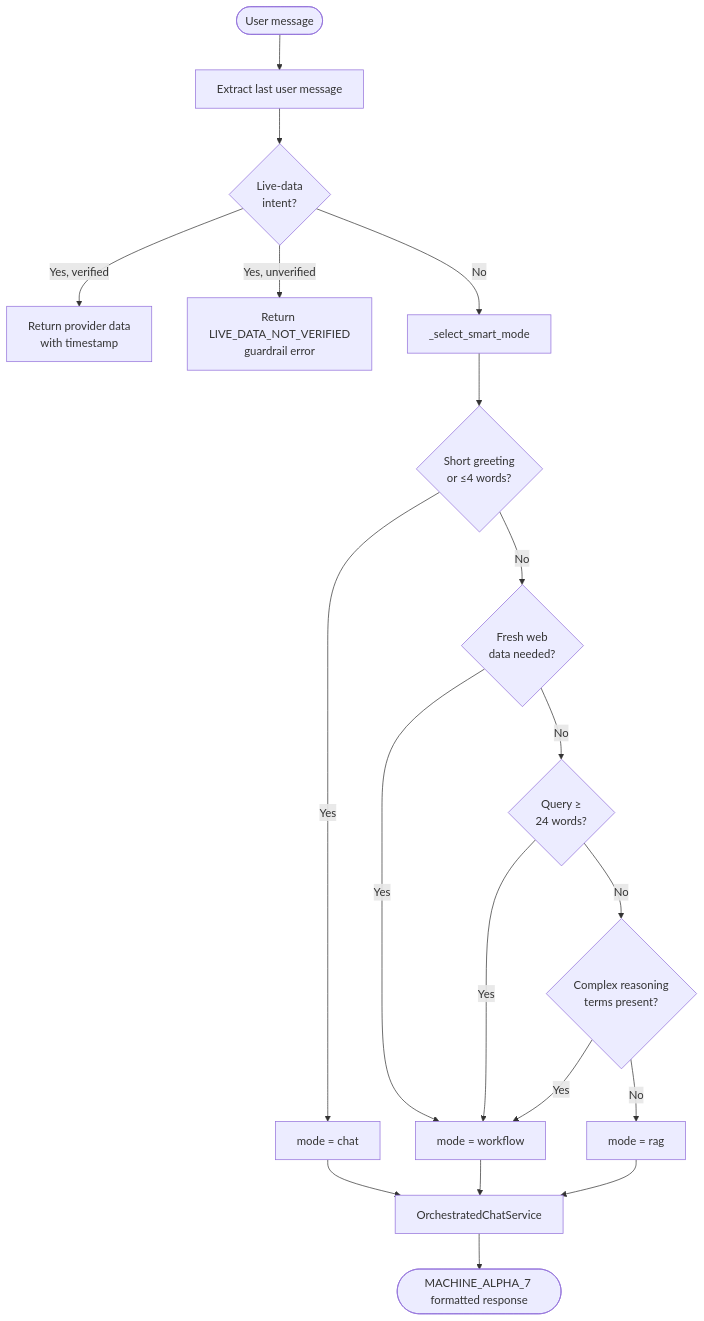
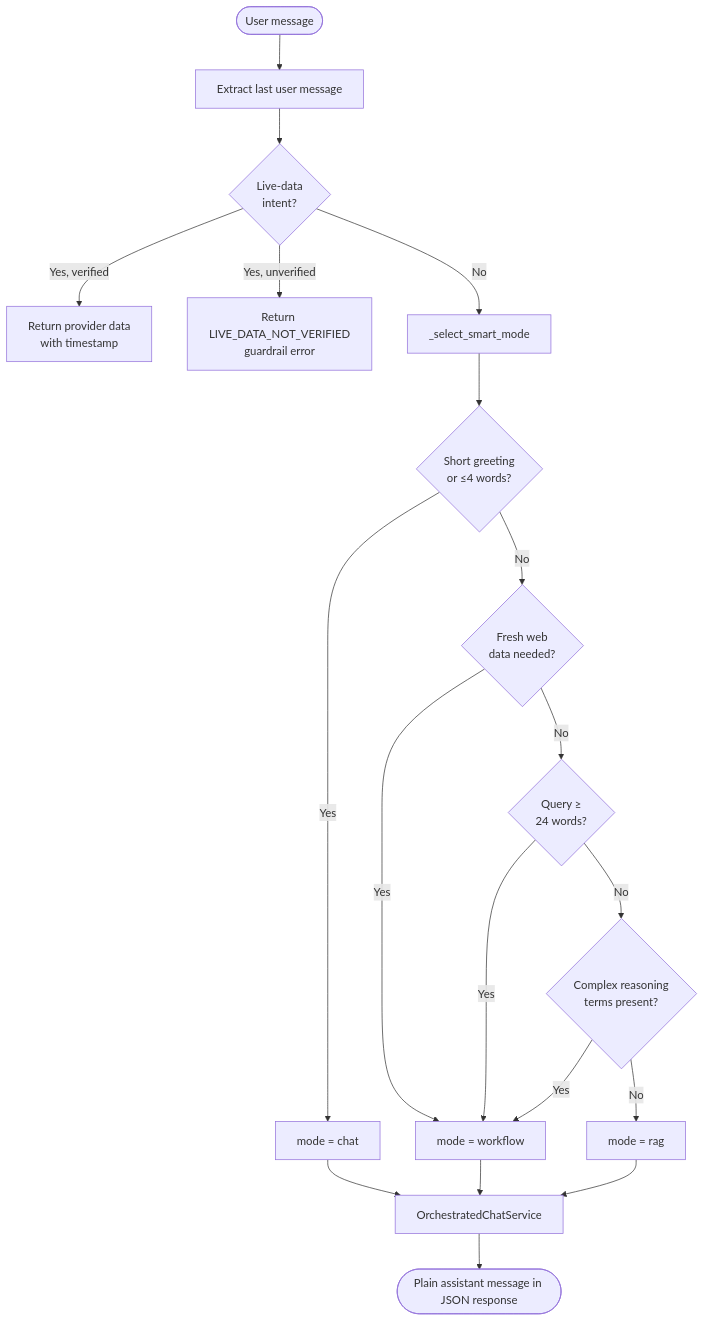
One commit to sreeram843/personal-ai changed the second of 12 diagrams in docs/architecture.md. Above: the diagram before and after it, drawn with Mermaid. The commit also changed other lines of this file and 3765 other files, not shown here.

````diff
--- a/docs/architecture.md
+++ b/docs/architecture.md
@@ -76,21 +76,21 @@
 ```mermaid
 flowchart TD
     Start([User message]) --> Extract[Extract last user message]
     Extract --> LiveCheck{Live-data\nintent?}
     LiveCheck -- Yes, verified --> LiveReturn[Return provider data\nwith timestamp]
     LiveCheck -- Yes, unverified --> GuardrailReturn[Return LIVE_DATA_NOT_VERIFIED\nguardrail error]
     LiveCheck -- No --> SmartMode[_select_smart_mode]
     SmartMode --> Greet{Short greeting\nor ≤4 words?}
     Greet -- Yes --> ChatMode[mode = chat]
     Greet -- No --> Fresh{Fresh web\ndata needed?}
     Fresh -- Yes --> WorkflowMode[mode = workflow]
     Fresh -- No --> Long{Query ≥\n24 words?}
     Long -- Yes --> WorkflowMode
     Long -- No --> Complex{Complex reasoning\nterms present?}
     Complex -- Yes --> WorkflowMode
     Complex -- No --> RAGMode[mode = rag]
     ChatMode --> Orchestrator[OrchestratedChatService]
     RAGMode --> Orchestrator
     WorkflowMode --> Orchestrator
-    Orchestrator --> FinalResponse([MACHINE_ALPHA_7 formatted response])
+    Orchestrator --> FinalResponse([Plain assistant message in JSON response])
 ```
````
